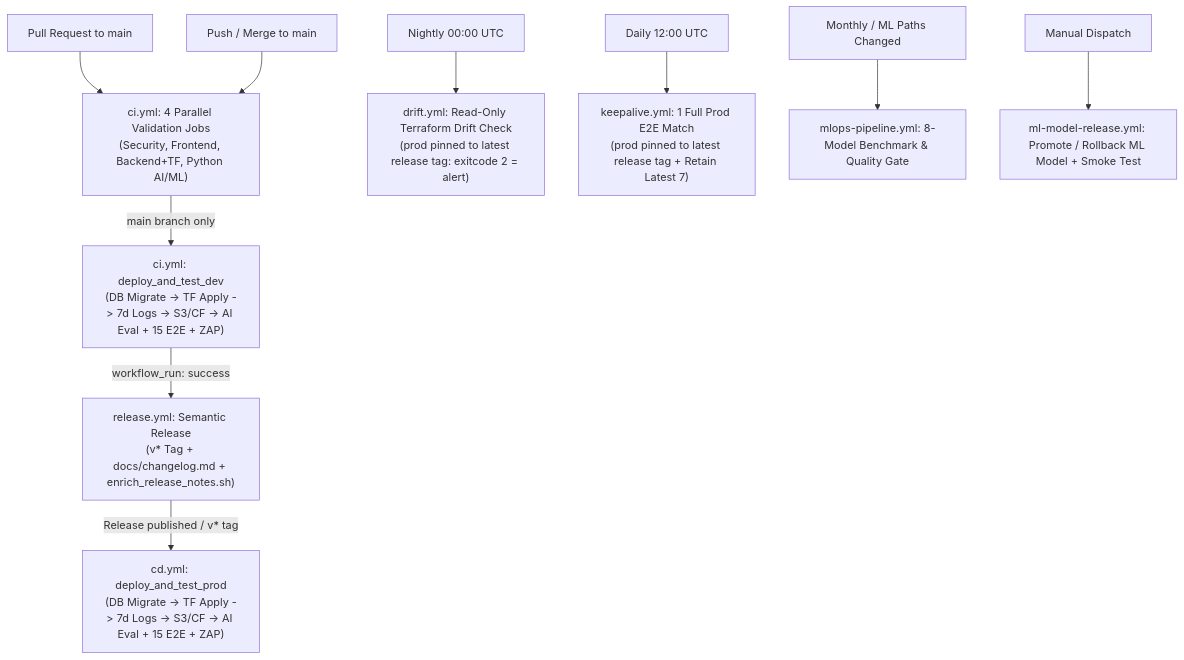
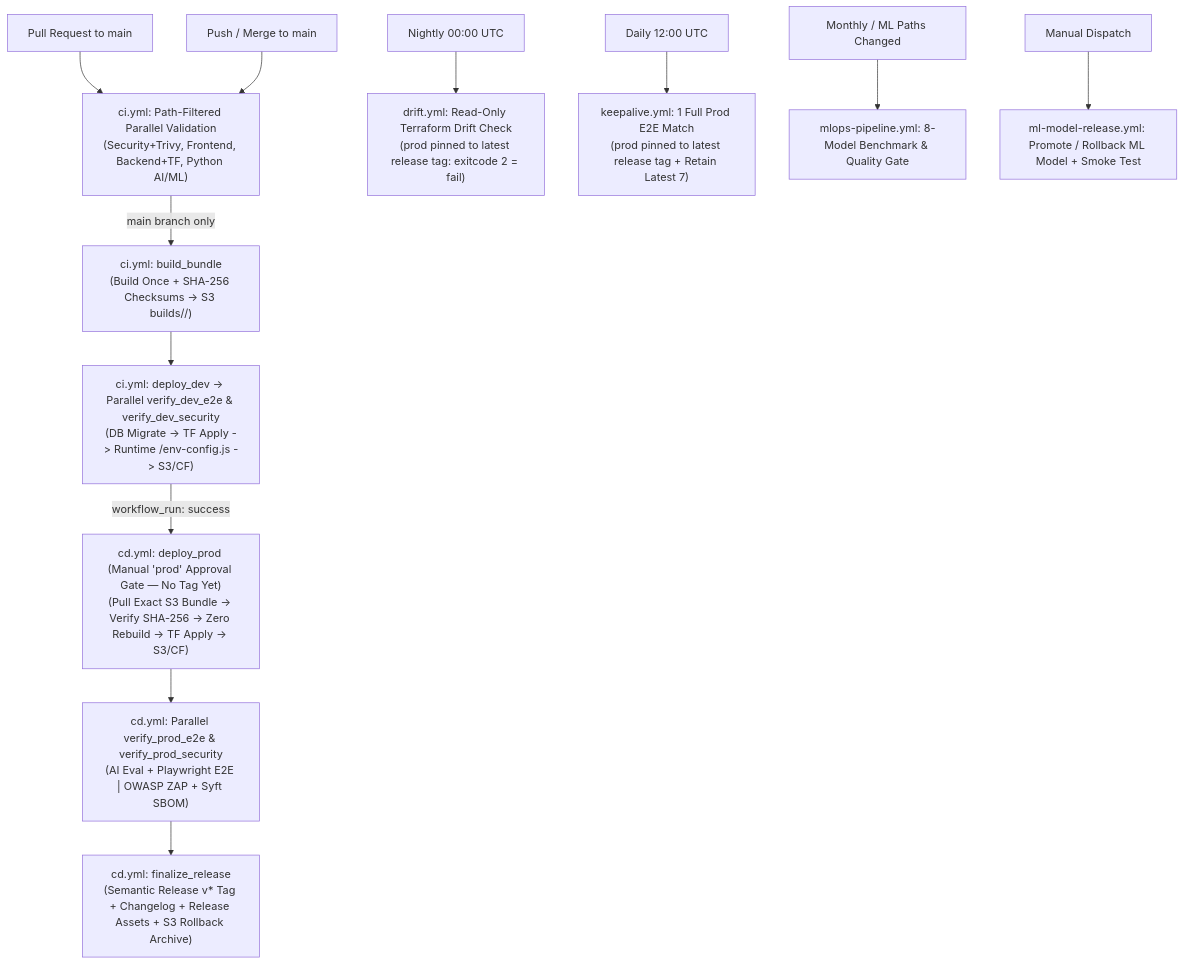
One commit to venkatesh-singamsetty/cricscore changed the diagram in docs/github_actions.md. Above: the diagram before and after it, drawn with Mermaid. The commit also changed other lines of this file and 57 other files, not shown here.

First line of the commit message:
feat(cicd): immutable 2-env promotion, post-prod SemVer releases, tag rollback, and drift fix (#369)

````diff
--- a/docs/github_actions.md
+++ b/docs/github_actions.md
@@ -5,13 +5,15 @@
 ```mermaid
 flowchart TD
-    PR["Pull Request to main"] --> CI_VAL["ci.yml: 4 Parallel Validation Jobs\n(Security, Frontend, Backend+TF, Python AI/ML)"]
+    PR["Pull Request to main"] --> CI_VAL["ci.yml: Path-Filtered Parallel Validation\n(Security+Trivy, Frontend, Backend+TF, Python AI/ML)"]
     PUSH["Push / Merge to main"] --> CI_VAL
-    CI_VAL -->|main branch only| DEV["ci.yml: deploy_and_test_dev\n(DB Migrate -> TF Apply -> 7d Logs -> S3/CF -> AI Eval + 15 E2E + ZAP)"]
-    DEV -->|workflow_run: success| REL["release.yml: Semantic Release\n(v* Tag + docs/changelog.md + enrich_release_notes.sh)"]
-    REL -->|Release published / v* tag| PROD["cd.yml: deploy_and_test_prod\n(DB Migrate -> TF Apply -> 7d Logs -> S3/CF -> AI Eval + 15 E2E + ZAP)"]
+    CI_VAL -->|main branch only| BLD["ci.yml: build_bundle\n(Build Once + SHA-256 Checksums -> S3 builds/<sha>/)"]
+    BLD --> DEV["ci.yml: deploy_dev -> Parallel verify_dev_e2e & verify_dev_security\n(DB Migrate -> TF Apply -> Runtime /env-config.js -> S3/CF)"]
+    DEV -->|workflow_run: success| PROD["cd.yml: deploy_prod (Manual 'prod' Approval Gate — No Tag Yet)\n(Pull Exact S3 Bundle -> Verify SHA-256 -> Zero Rebuild -> TF Apply -> S3/CF)"]
+    PROD --> PVER["cd.yml: Parallel verify_prod_e2e & verify_prod_security\n(AI Eval + Playwright E2E | OWASP ZAP + Syft SBOM)"]
+    PVER --> FIN["cd.yml: finalize_release\n(Semantic Release v* Tag + Changelog + Release Assets + S3 Rollback Archive)"]
 
-    CRON_D["Nightly 00:00 UTC"] --> DRIFT["drift.yml: Read-Only Terraform Drift Check\n(prod pinned to latest release tag: exitcode 2 = alert)"]
+    CRON_D["Nightly 00:00 UTC"] --> DRIFT["drift.yml: Read-Only Terraform Drift Check\n(prod pinned to latest release tag: exitcode 2 = fail)"]
     CRON_K["Daily 12:00 UTC"] --> KEEP["keepalive.yml: 1 Full Prod E2E Match\n(prod pinned to latest release tag + Retain Latest 7)"]
     CRON_M["Monthly / ML Paths Changed"] --> MLOPS["mlops-pipeline.yml: 8-Model Benchmark & Quality Gate"]
     DISPATCH_M["Manual Dispatch"] --> MLREL["ml-model-release.yml: Promote / Rollback ML Model + Smoke Test"]
 ```
````
